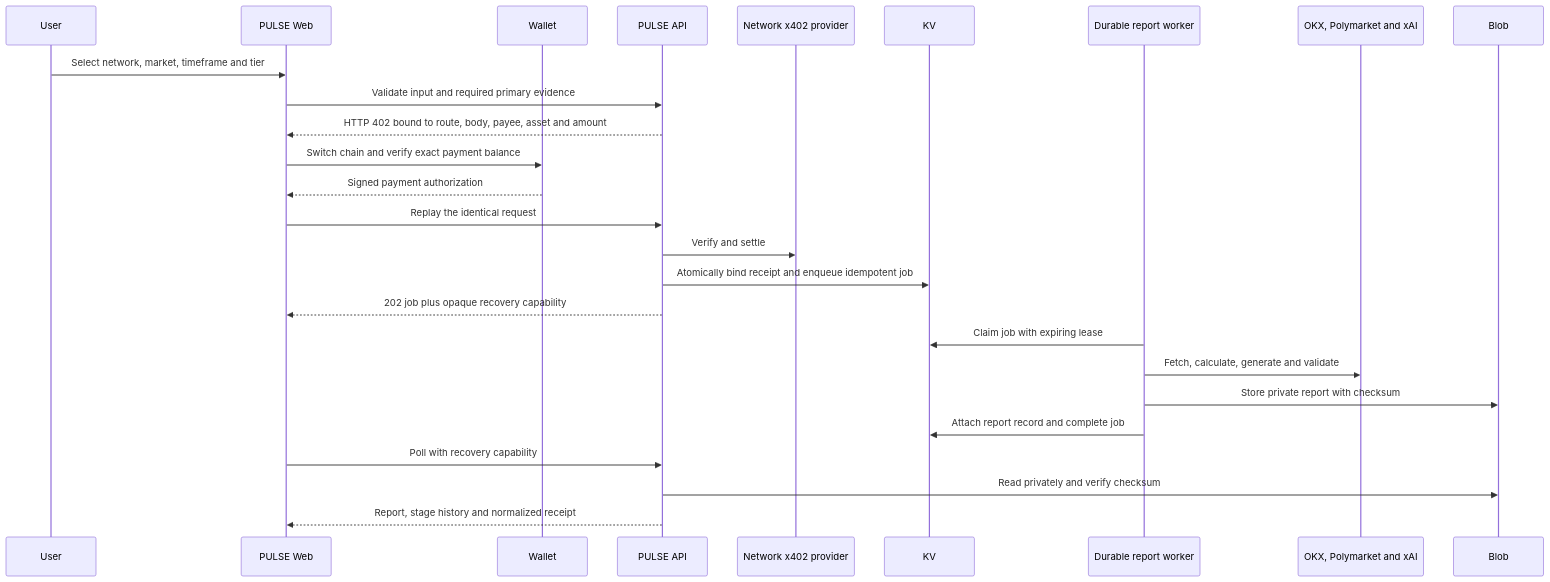
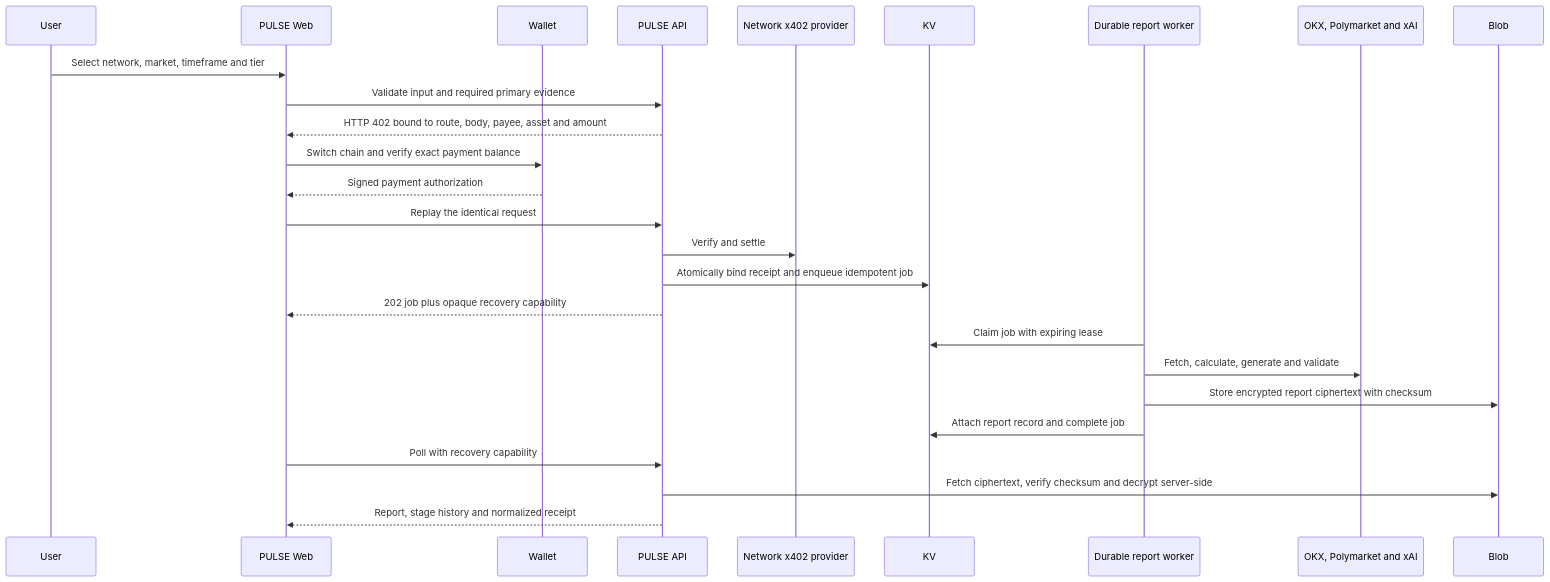
Before and after one commit to mssystem1/ai-pulse: the third of 7 diagrams in README.md, drawn with Mermaid. The commit also changed other lines of this file and 14 other files, not shown here.

````diff
--- a/README.md
+++ b/README.md
@@ -358,29 +364,29 @@
 ```mermaid
 sequenceDiagram
   participant User
   participant Web as PULSE Web
   participant Wallet
   participant API as PULSE API
   participant Pay as Network x402 provider
   participant KV
   participant Worker as Durable report worker
   participant Sources as OKX, Polymarket and xAI
   participant Blob
 
   User->>Web: Select network, market, timeframe and tier
   Web->>API: Validate input and required primary evidence
   API-->>Web: HTTP 402 bound to route, body, payee, asset and amount
   Web->>Wallet: Switch chain and verify exact payment balance
   Wallet-->>Web: Signed payment authorization
   Web->>API: Replay the identical request
   API->>Pay: Verify and settle
   API->>KV: Atomically bind receipt and enqueue idempotent job
   API-->>Web: 202 job plus opaque recovery capability
   Worker->>KV: Claim job with expiring lease
   Worker->>Sources: Fetch, calculate, generate and validate
-  Worker->>Blob: Store private report with checksum
+  Worker->>Blob: Store encrypted report ciphertext with checksum
   Worker->>KV: Attach report record and complete job
   Web->>API: Poll with recovery capability
-  API->>Blob: Read privately and verify checksum
+  API->>Blob: Fetch ciphertext, verify checksum and decrypt server-side
   API-->>Web: Report, stage history and normalized receipt
 ```
````
